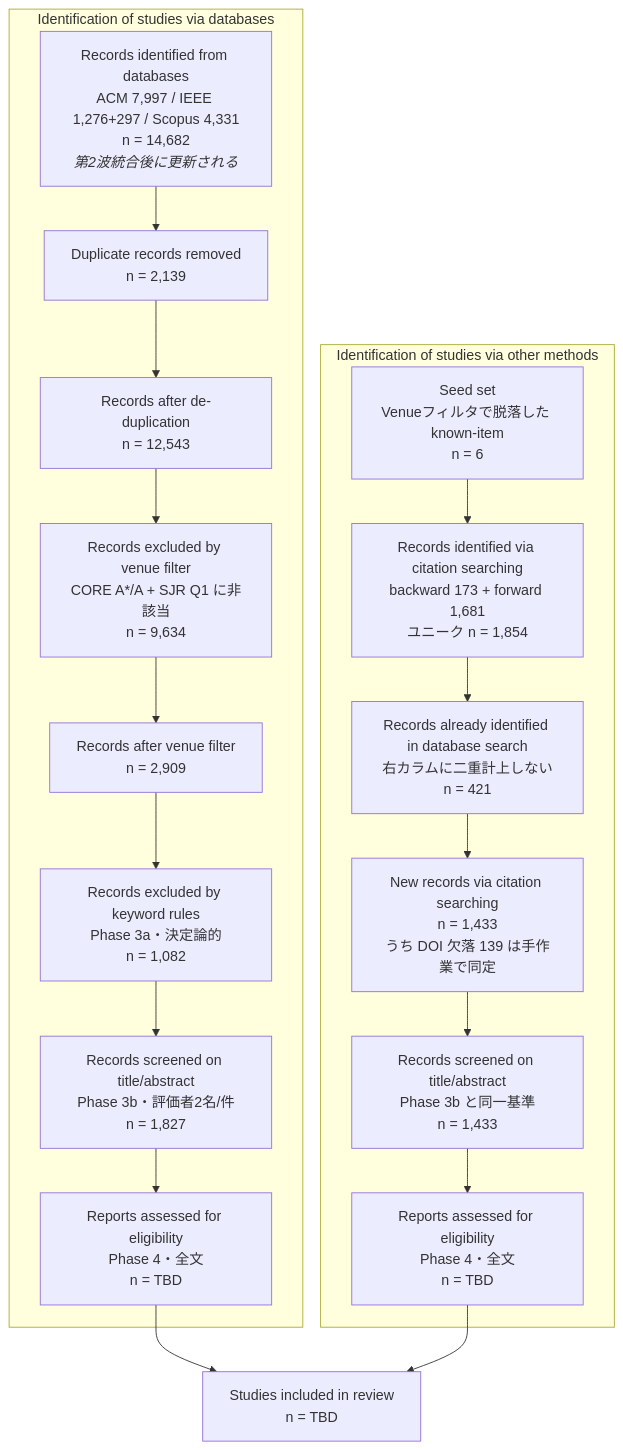
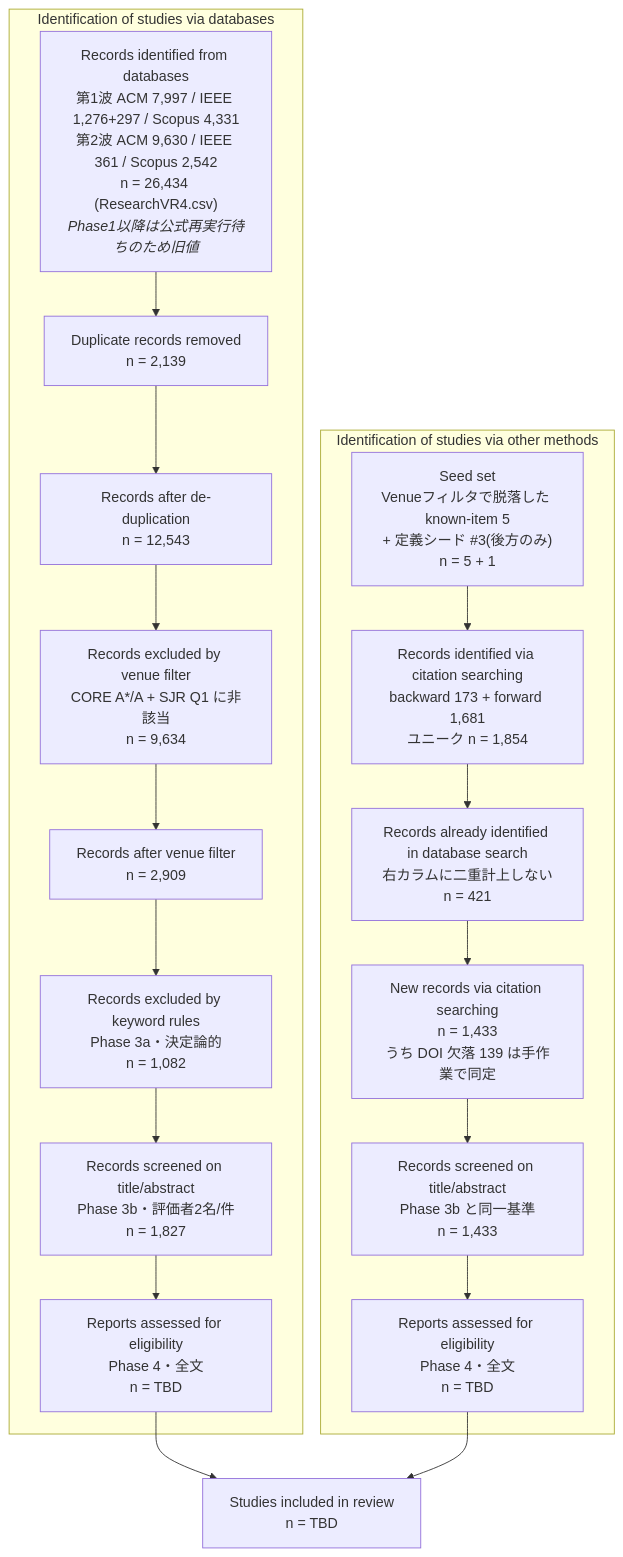
The diagram in docs/snowballing_protocol.md (usamaru33/SurveyProtocol), drawn with Mermaid before and after one commit. The commit also changed other lines of this file and 13 other files, not shown here.

````diff
--- a/docs/snowballing_protocol.md
+++ b/docs/snowballing_protocol.md
@@ -185,27 +186,27 @@
 ```mermaid
 flowchart TB
     subgraph L["Identification of studies via databases"]
-        L1["Records identified from databases<br/>ACM 7,997 / IEEE 1,276+297 / Scopus 4,331<br/>n = 14,682<br/><i>第2波統合後に更新される</i>"]
+        L1["Records identified from databases<br/>第1波 ACM 7,997 / IEEE 1,276+297 / Scopus 4,331<br/>第2波 ACM 9,630 / IEEE 361 / Scopus 2,542<br/>n = 26,434 (ResearchVR4.csv)<br/><i>Phase1以降は公式再実行待ちのため旧値</i>"]
         L2["Duplicate records removed<br/>n = 2,139"]
         L3["Records after de-duplication<br/>n = 12,543"]
         L4["Records excluded by venue filter<br/>CORE A*/A + SJR Q1 に非該当<br/>n = 9,634"]
         L5["Records after venue filter<br/>n = 2,909"]
         L6["Records excluded by keyword rules<br/>Phase 3a・決定論的<br/>n = 1,082"]
         L7["Records screened on title/abstract<br/>Phase 3b・評価者2名/件<br/>n = 1,827"]
         L8["Reports assessed for eligibility<br/>Phase 4・全文<br/>n = TBD"]
         L1 --> L2 --> L3 --> L4 --> L5 --> L6 --> L7 --> L8
     end
 
     subgraph R["Identification of studies via other methods"]
-        R1["Seed set<br/>Venueフィルタで脱落した known-item<br/>n = 6"]
+        R1["Seed set<br/>Venueフィルタで脱落した known-item 5<br/>+ 定義シード #3(後方のみ)<br/>n = 5 + 1"]
         R2["Records identified via citation searching<br/>backward 173 + forward 1,681<br/>ユニーク n = 1,854"]
         R3["Records already identified in database search<br/>右カラムに二重計上しない<br/>n = 421"]
         R4["New records via citation searching<br/>n = 1,433<br/>うち DOI 欠落 139 は手作業で同定"]
         R5["Records screened on title/abstract<br/>Phase 3b と同一基準<br/>n = 1,433"]
         R6["Reports assessed for eligibility<br/>Phase 4・全文<br/>n = TBD"]
         R1 --> R2 --> R3 --> R4 --> R5 --> R6
     end
 
     L8 --> INC["Studies included in review<br/>n = TBD"]
     R6 --> INC
 ```
````
